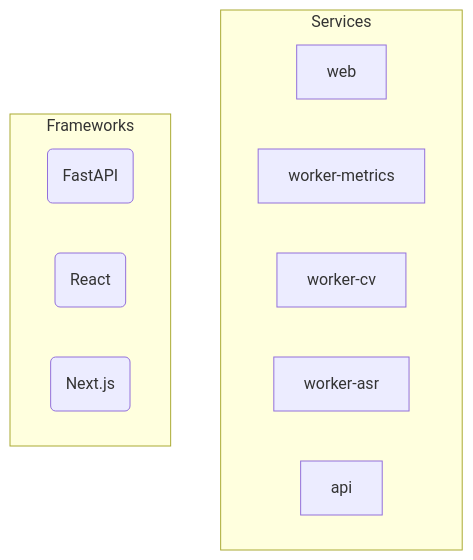
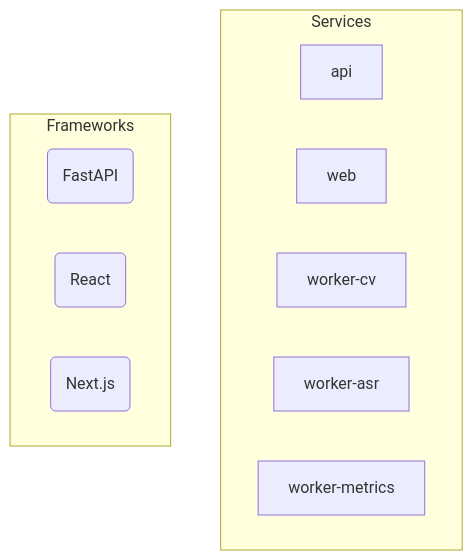
The diagram in README.md (NITISH-R-G/PedagogyX), drawn with Mermaid before and after one commit. The commit also changed other lines of this file and 3 other files, not shown here.

Commit message:
docs: auto-generate repository documentation and diagrams [skip ci]

````diff
--- a/README.md
+++ b/README.md
@@ -38,22 +38,22 @@
 ```mermaid
 graph TD
     subgraph Services
+        api["api"]
+        click api href "services/api" "Go to api source"
         web["web"]
         click web href "services/web" "Go to web source"
-        worker_metrics["worker-metrics"]
-        click worker_metrics href "services/worker-metrics" "Go to worker-metrics source"
         worker_cv["worker-cv"]
         click worker_cv href "services/worker-cv" "Go to worker-cv source"
         worker_asr["worker-asr"]
         click worker_asr href "services/worker-asr" "Go to worker-asr source"
-        api["api"]
-        click api href "services/api" "Go to api source"
+        worker_metrics["worker-metrics"]
+        click worker_metrics href "services/worker-metrics" "Go to worker-metrics source"
     end
 
     subgraph Frameworks
         FastAPI(FastAPI)
         React(React)
         Next_js(Next.js)
     end
 
 ```
````
